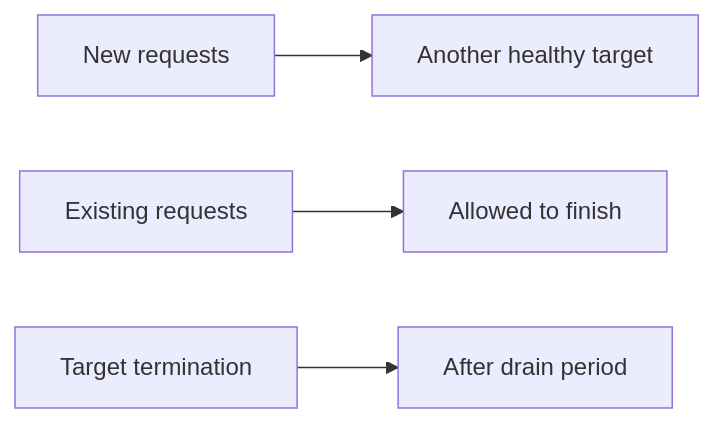
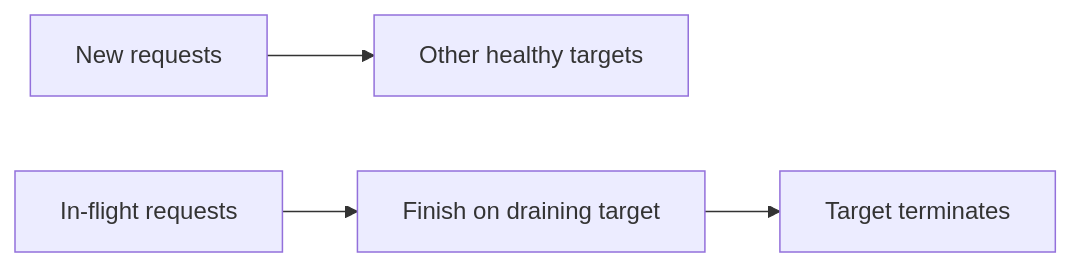
One commit to AvadhBhalodiya/Interview-Preparation changed diagram 11 of 15 in src/content/devops/load-balancing-auto-scaling.md. Above: the diagram before and after it, drawn with Mermaid. The commit also changed other lines of this file and 54 other files, not shown here.

````diff
--- a/src/content/devops/load-balancing-auto-scaling.md
+++ b/src/content/devops/load-balancing-auto-scaling.md
@@ -1062,6 +918,6 @@
 ```mermaid
 flowchart LR
-    NR[New requests] --> AHT[Another healthy target]
-    ER[Existing requests] --> ATF[Allowed to finish]
-    TT[Target termination] --> ADP[After drain period]
+    N[New requests] --> O[Other healthy targets]
+    I[In-flight requests] --> F[Finish on draining target]
+    F --> T[Target terminates]
 ```
````
